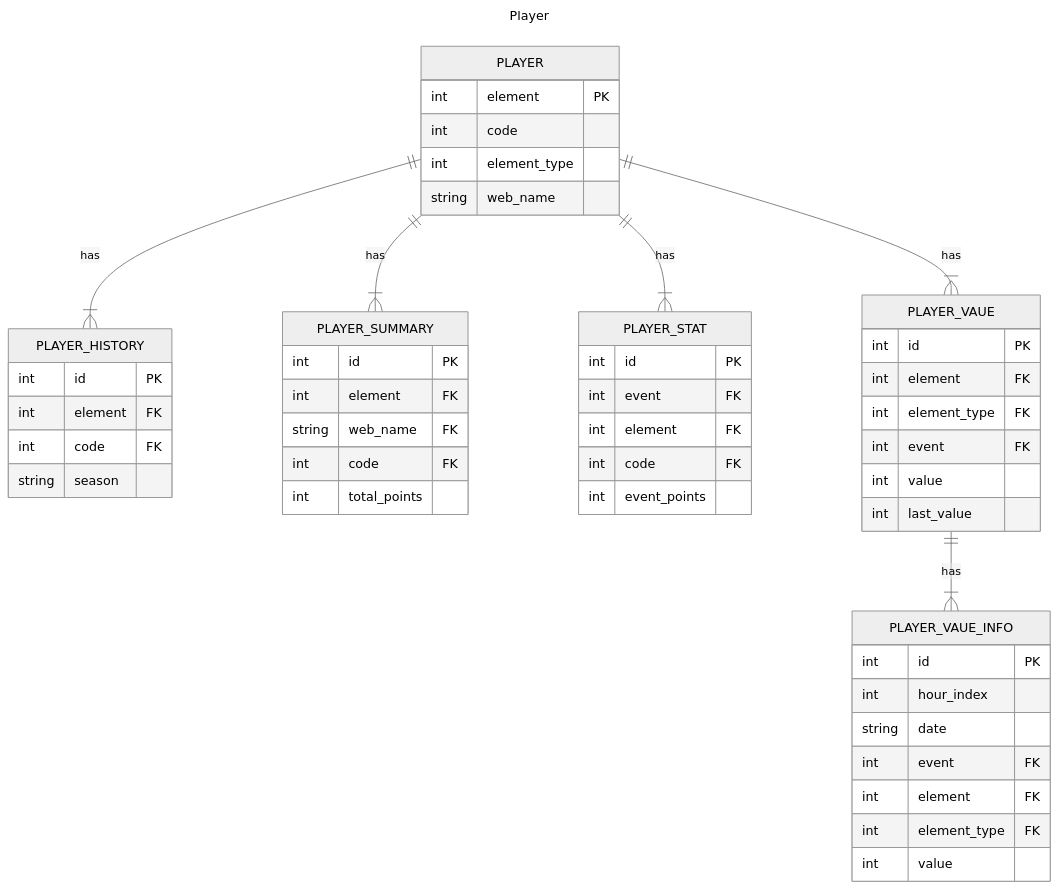
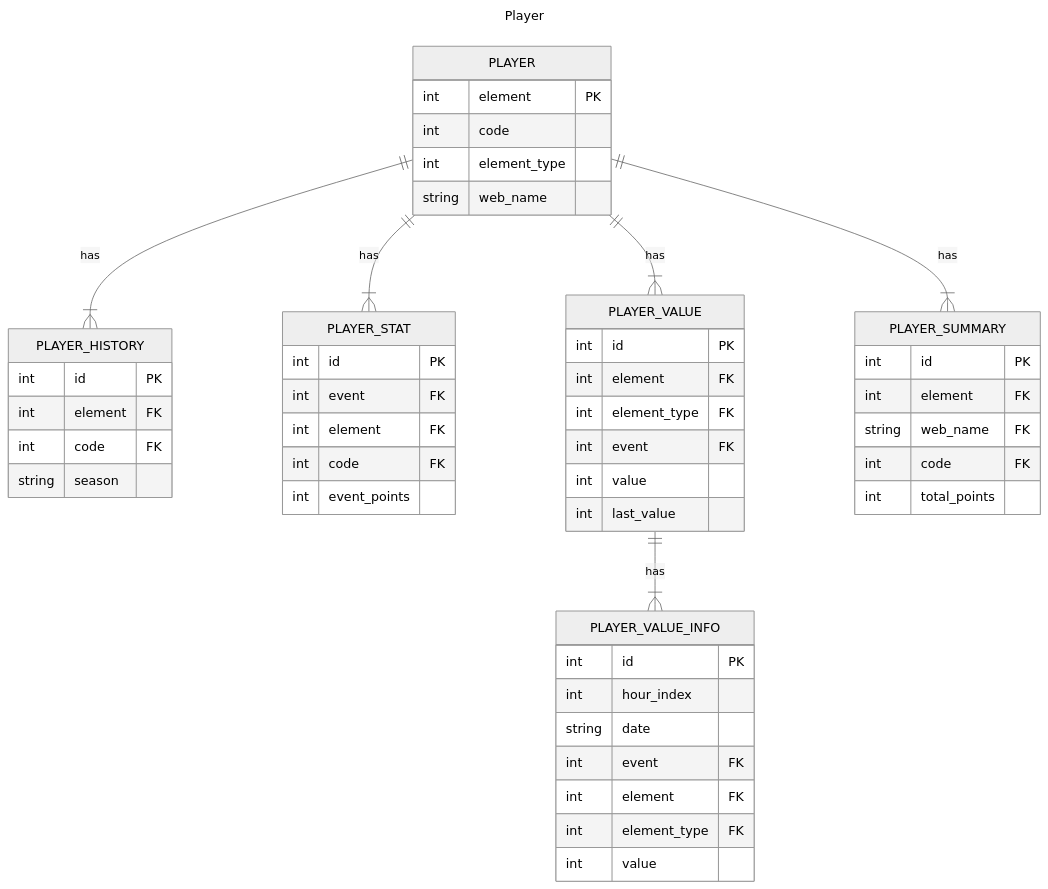
The third of 5 diagrams in README.md (tonglam/fpl-public), drawn with Mermaid (neutral theme) before and after one commit.

````diff
--- a/README.md
+++ b/README.md
@@ -190,54 +190,54 @@
 ```mermaid
 ---
 title: Player
 ---
 erDiagram
     PLAYER {
             int element PK
             int code
             int element_type
             string web_name
             }
     PLAYER_HISTORY {
             int id PK
             int element FK
             int code FK
             string season
             }
     PLAYER ||--|{ PLAYER_HISTORY : has
-    PLAYER_SUMMARY {
-        int id PK
-        int element FK
-        string web_name FK
-        int code FK
-        int total_points
-        }
-    PLAYER ||--|{ PLAYER_SUMMARY : has
     PLAYER_STAT {
                 int id PK
                 int event FK
                 int element FK
                 int code FK
                 int event_points
                 }
     PLAYER ||--|{ PLAYER_STAT : has
-    PLAYER_VAUE {
+    PLAYER_VALUE {
                 int id PK
                 int element FK
                 int element_type FK
                 int event FK
                 int value
                 int last_value
                 }
-    PLAYER ||--|{ PLAYER_VAUE : has
-    PLAYER_VAUE_INFO {
+    PLAYER ||--|{ PLAYER_VALUE : has
+    PLAYER_VALUE_INFO {
                 int id PK
                 int hour_index
                 string date
                 int event FK
                 int element FK
                 int element_type FK
                 int value
                 }
-    PLAYER_VAUE ||--|{ PLAYER_VAUE_INFO : has
+    PLAYER_VALUE ||--|{ PLAYER_VALUE_INFO : has
+    PLAYER_SUMMARY {
+        int id PK
+        int element FK
+        string web_name FK
+        int code FK
+        int total_points
+    }
+    PLAYER ||--|{ PLAYER_SUMMARY : has
 ```
````
